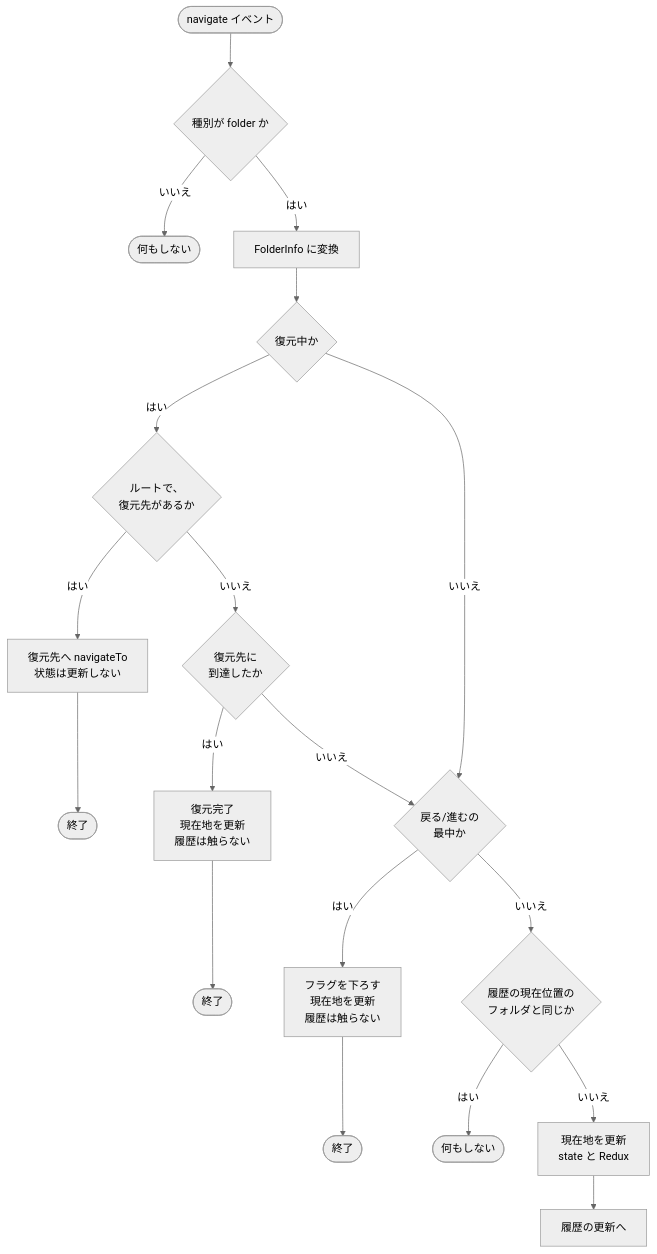
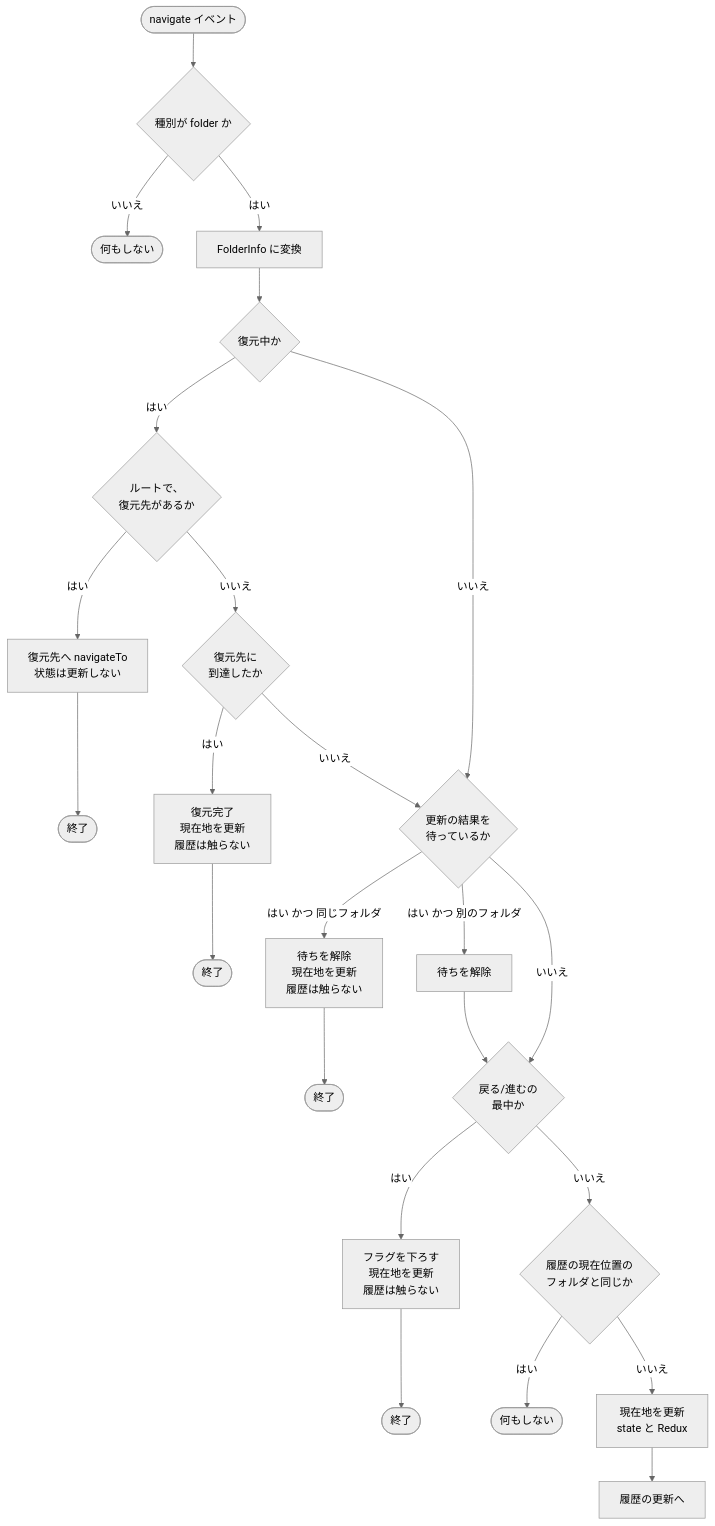
One commit to katsya1117/react-shadcn changed the diagram in docs/spec-use-box-explorer.md. Above: the diagram before and after it, drawn with Mermaid (neutral theme). The commit also changed other lines of this file and 4 other files, not shown here.

````diff
--- a/docs/spec-use-box-explorer.md
+++ b/docs/spec-use-box-explorer.md
@@ -164,18 +166,21 @@
 ```mermaid
 flowchart TD
     S([navigate イベント]) --> T{種別が folder か}
     T -->|いいえ| X1([何もしない])
     T -->|はい| C[FolderInfo に変換]
     C --> R{復元中か}
     R -->|はい| R1{ルートで、<br/>復元先があるか}
     R1 -->|はい| R2[復元先へ navigateTo<br/>状態は更新しない] --> X2([終了])
     R1 -->|いいえ| R3{復元先に<br/>到達したか}
     R3 -->|はい| R4[復元完了<br/>現在地を更新<br/>履歴は触らない] --> X3([終了])
-    R3 -->|いいえ| N
-    R -->|いいえ| N{戻る/進むの<br/>最中か}
+    R3 -->|いいえ| F
+    R -->|いいえ| F{更新の結果を<br/>待っているか}
+    F -->|はい かつ 同じフォルダ| F1[待ちを解除<br/>現在地を更新<br/>履歴は触らない] --> X6([終了])
+    F -->|はい かつ 別のフォルダ| F2[待ちを解除] --> N
+    F -->|いいえ| N{戻る/進むの<br/>最中か}
     N -->|はい| N1[フラグを下ろす<br/>現在地を更新<br/>履歴は触らない] --> X5([終了])
     N -->|いいえ| D{履歴の現在位置の<br/>フォルダと同じか}
     D -->|はい| X4([何もしない])
     D -->|いいえ| U[現在地を更新<br/>state と Redux]
     U --> H[履歴の更新へ]
 ```
````
